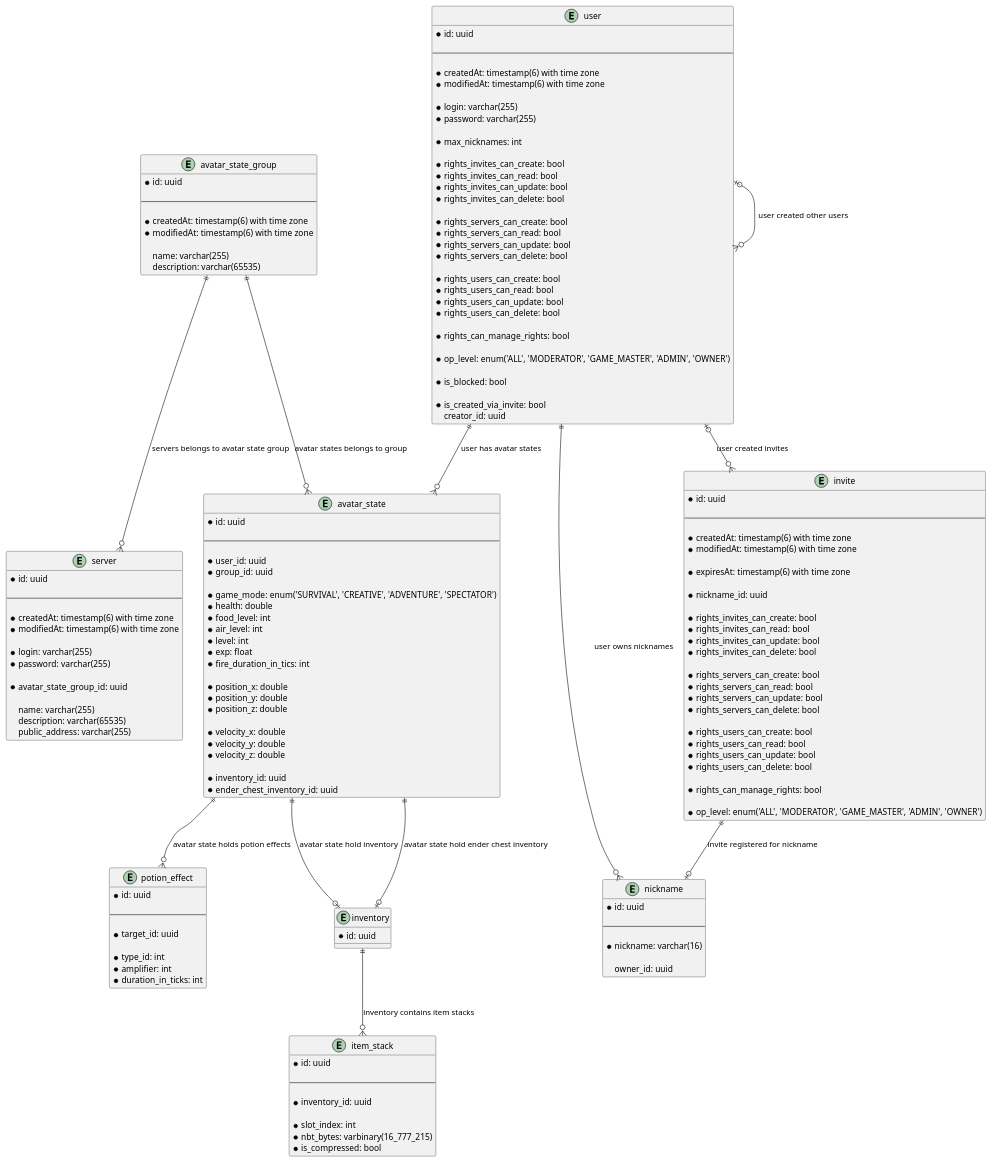
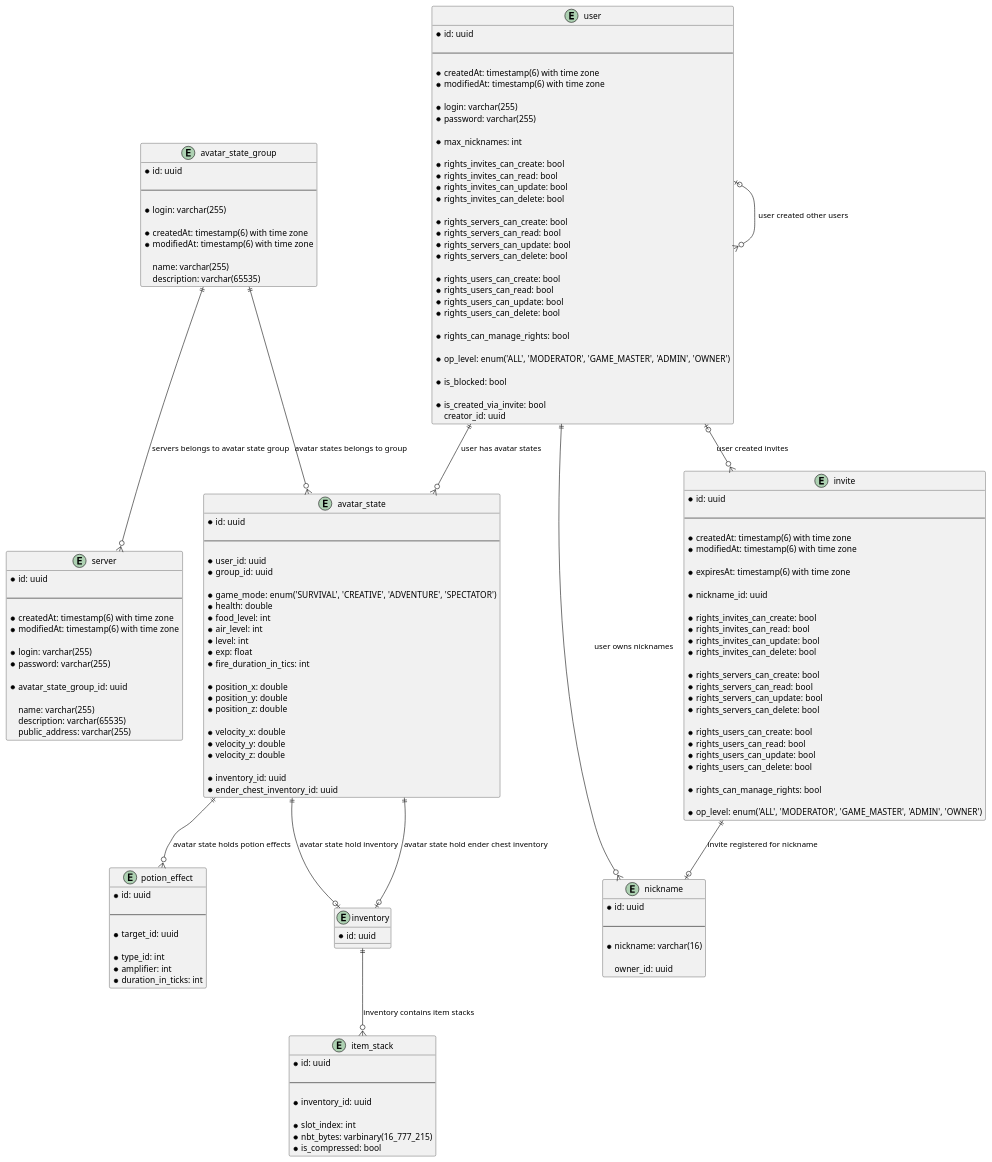
One commit to Maksim2498/poms changed the diagram in server/docs/db.puml. Above: the diagram before and after it, drawn with PlantUML. The commit also changed 1 other file, not shown here.

Commit message:
Updated ER-diagram

```diff
--- a/server/docs/db.puml
+++ b/server/docs/db.puml
@@ -1,185 +1,187 @@
 @startuml
 
 entity avatar_state {
     * id: uuid
 
     --
 
     * user_id: uuid
     * group_id: uuid
 
     * game_mode: enum('SURVIVAL', 'CREATIVE', 'ADVENTURE', 'SPECTATOR')
     * health: double
     * food_level: int
     * air_level: int
     * level: int
     * exp: float
     * fire_duration_in_tics: int
 
     * position_x: double
     * position_y: double
     * position_z: double
 
     * velocity_x: double
     * velocity_y: double
     * velocity_z: double
 
     * inventory_id: uuid
     * ender_chest_inventory_id: uuid
 }
 
 entity avatar_state_group {
     * id: uuid
 
     --
+
+    * login: varchar(255)
 
     * createdAt: timestamp(6) with time zone
     * modifiedAt: timestamp(6) with time zone
 
     name: varchar(255)
     description: varchar(65535)
 }
 
 entity inventory {
     * id: uuid
 }
 
 entity invite {
     * id: uuid
 
     --
 
     * createdAt: timestamp(6) with time zone
     * modifiedAt: timestamp(6) with time zone
 
     * expiresAt: timestamp(6) with time zone
 
     * nickname_id: uuid
 
     * rights_invites_can_create: bool
     * rights_invites_can_read: bool
     * rights_invites_can_update: bool
     * rights_invites_can_delete: bool
 
     * rights_servers_can_create: bool
     * rights_servers_can_read: bool
     * rights_servers_can_update: bool
     * rights_servers_can_delete: bool
 
     * rights_users_can_create: bool
     * rights_users_can_read: bool
     * rights_users_can_update: bool
     * rights_users_can_delete: bool
 
     * rights_can_manage_rights: bool
 
     * op_level: enum('ALL', 'MODERATOR', 'GAME_MASTER', 'ADMIN', 'OWNER')
 }
 
 entity item_stack {
     * id: uuid
 
     --
 
     * inventory_id: uuid
 
     * slot_index: int
     * nbt_bytes: varbinary(16_777_215)
     * is_compressed: bool
 }
 
 entity nickname {
     * id: uuid
 
     --
 
     * nickname: varchar(16)
 
     owner_id: uuid
 }
 
 entity potion_effect {
     * id: uuid
 
     --
 
     * target_id: uuid
 
     * type_id: int
     * amplifier: int
     * duration_in_ticks: int
 }
 
 entity server {
     * id: uuid
 
     --
 
     * createdAt: timestamp(6) with time zone
     * modifiedAt: timestamp(6) with time zone
 
     * login: varchar(255)
     * password: varchar(255)
 
     * avatar_state_group_id: uuid
 
     name: varchar(255)
     description: varchar(65535)
     public_address: varchar(255)
 }
 
 entity user {
     * id: uuid
 
     --
 
     * createdAt: timestamp(6) with time zone
     * modifiedAt: timestamp(6) with time zone
 
     * login: varchar(255)
     * password: varchar(255)
 
     * max_nicknames: int
 
     * rights_invites_can_create: bool
     * rights_invites_can_read: bool
     * rights_invites_can_update: bool
     * rights_invites_can_delete: bool
 
     * rights_servers_can_create: bool
     * rights_servers_can_read: bool
     * rights_servers_can_update: bool
     * rights_servers_can_delete: bool
 
     * rights_users_can_create: bool
     * rights_users_can_read: bool
     * rights_users_can_update: bool
     * rights_users_can_delete: bool
 
     * rights_can_manage_rights: bool
 
     * op_level: enum('ALL', 'MODERATOR', 'GAME_MASTER', 'ADMIN', 'OWNER')
 
     * is_blocked: bool
 
     * is_created_via_invite: bool
     creator_id: uuid
 }
 
 user |o--o{ user : user created other users
 user ||--o{ nickname : user owns nicknames
 user |o--o{ invite : user created invites
 user ||--o{ avatar_state : user has avatar states
 
 avatar_state_group ||--o{ avatar_state : avatar states belongs to group
 avatar_state_group ||--o{ server : servers belongs to avatar state group
 
 avatar_state ||--o{ potion_effect : avatar state holds potion effects
 avatar_state ||--o| inventory : avatar state hold inventory
 avatar_state ||--o| inventory : avatar state hold ender chest inventory
 
 inventory ||--o{ item_stack : inventory contains item stacks
 
 invite ||--o| nickname : invite registered for nickname
 
 @enduml
```
